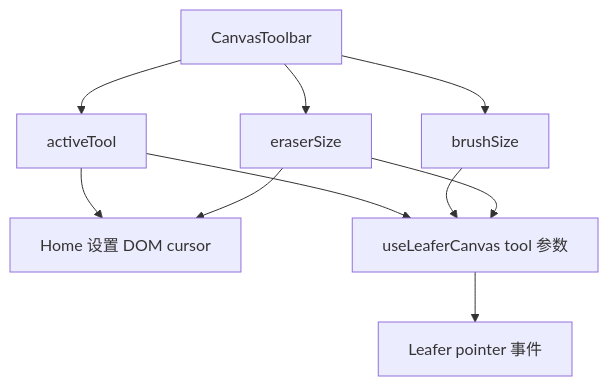
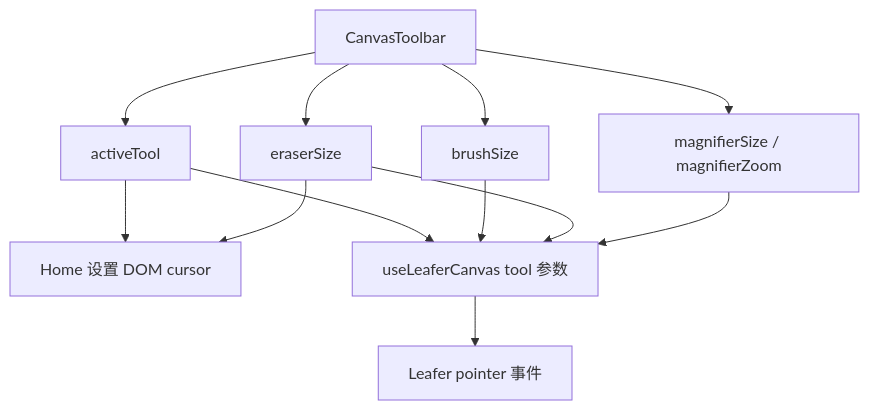
The fifth of 14 diagrams in docs/useLeaferCanvas-logic.md (Tajigaqzh/paint-canvas), drawn with Mermaid before and after one commit. The commit also changed other lines of this file and 32 other files, not shown here.

````diff
--- a/docs/useLeaferCanvas-logic.md
+++ b/docs/useLeaferCanvas-logic.md
@@ -134,12 +141,14 @@
 ```mermaid
 flowchart TD
   Toolbar[CanvasToolbar] --> Mode[activeTool]
   Toolbar --> BrushSize[brushSize]
   Toolbar --> EraserSize[eraserSize]
+  Toolbar --> MagnifierOptions[magnifierSize / magnifierZoom]
   Mode --> HomeStyle[Home 设置 DOM cursor]
   EraserSize --> HomeStyle
   Mode --> HookTool[useLeaferCanvas tool 参数]
   BrushSize --> HookTool
   EraserSize --> HookTool
+  MagnifierOptions --> HookTool
   HookTool --> Pointer[Leafer pointer 事件]
 ```
````
